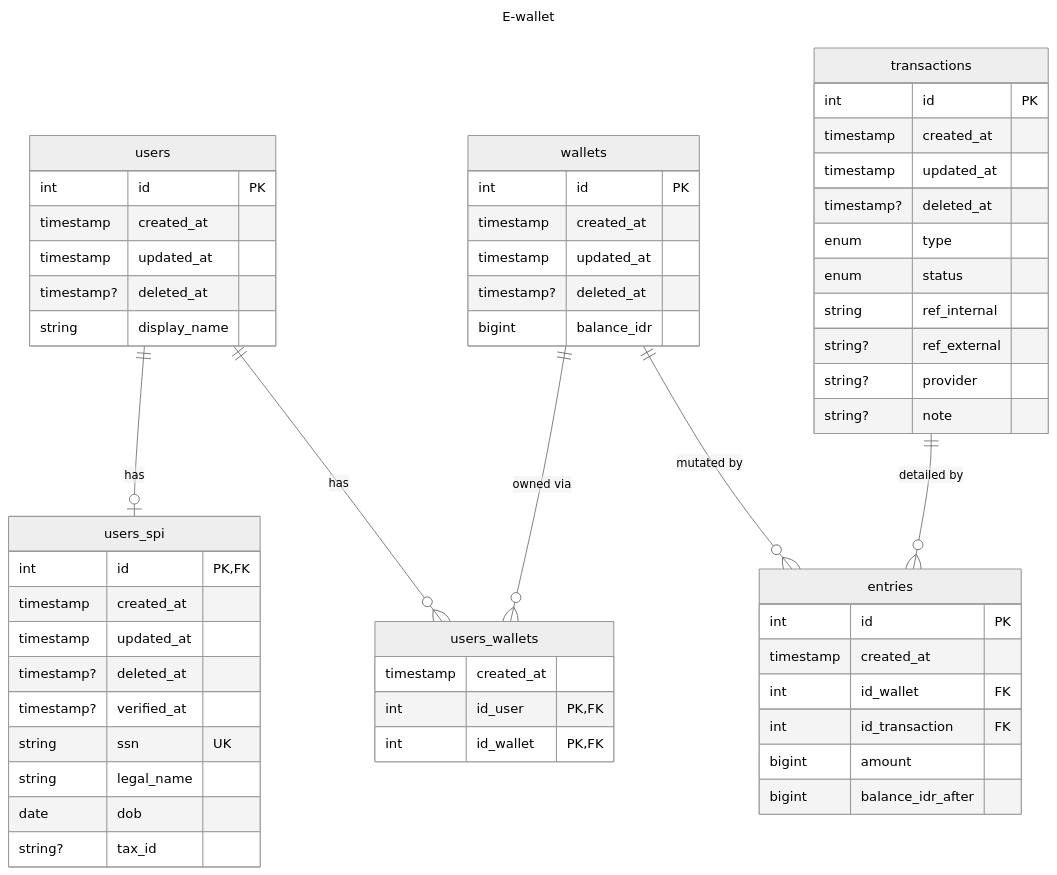
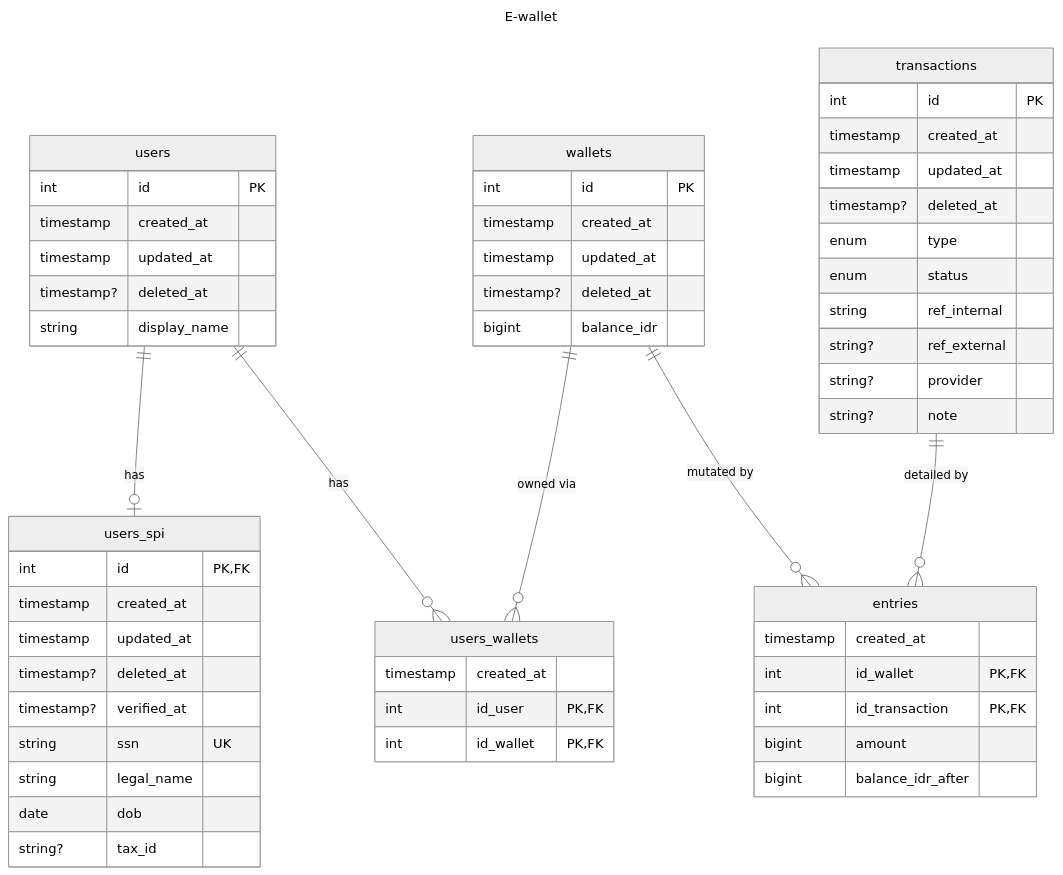
Before and after one commit to ryansuhartanto/koda-b8-ewallet-cli: the diagram in README.md, drawn with Mermaid (neutral theme). The commit also changed 1 other file, not shown here.

Commit message:
fix: many-to-many

```diff
--- a/README.md
+++ b/README.md
@@ -76,12 +76,10 @@
 }
 
 entries {
-    int id PK
-
     timestamp created_at
 
-    int id_wallet      FK
-    int id_transaction FK
+    int id_wallet      PK,FK
+    int id_transaction PK,FK
 
     bigint amount
     bigint balance_idr_after
```
